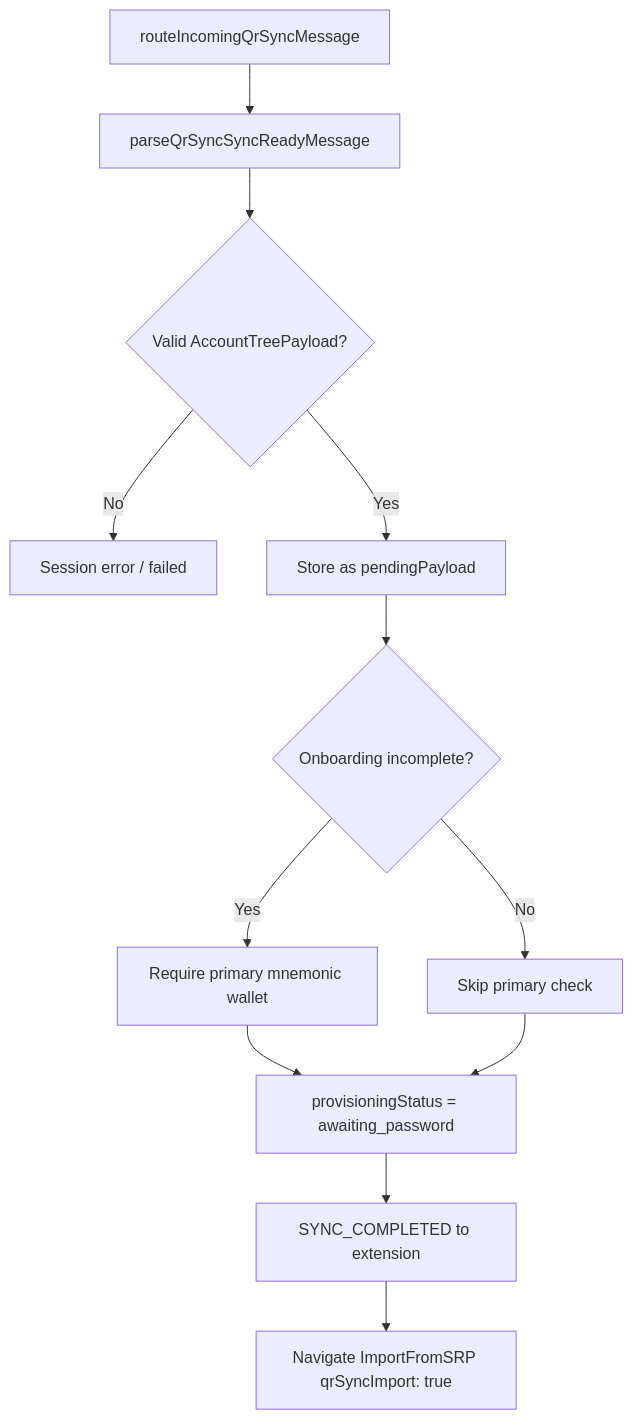
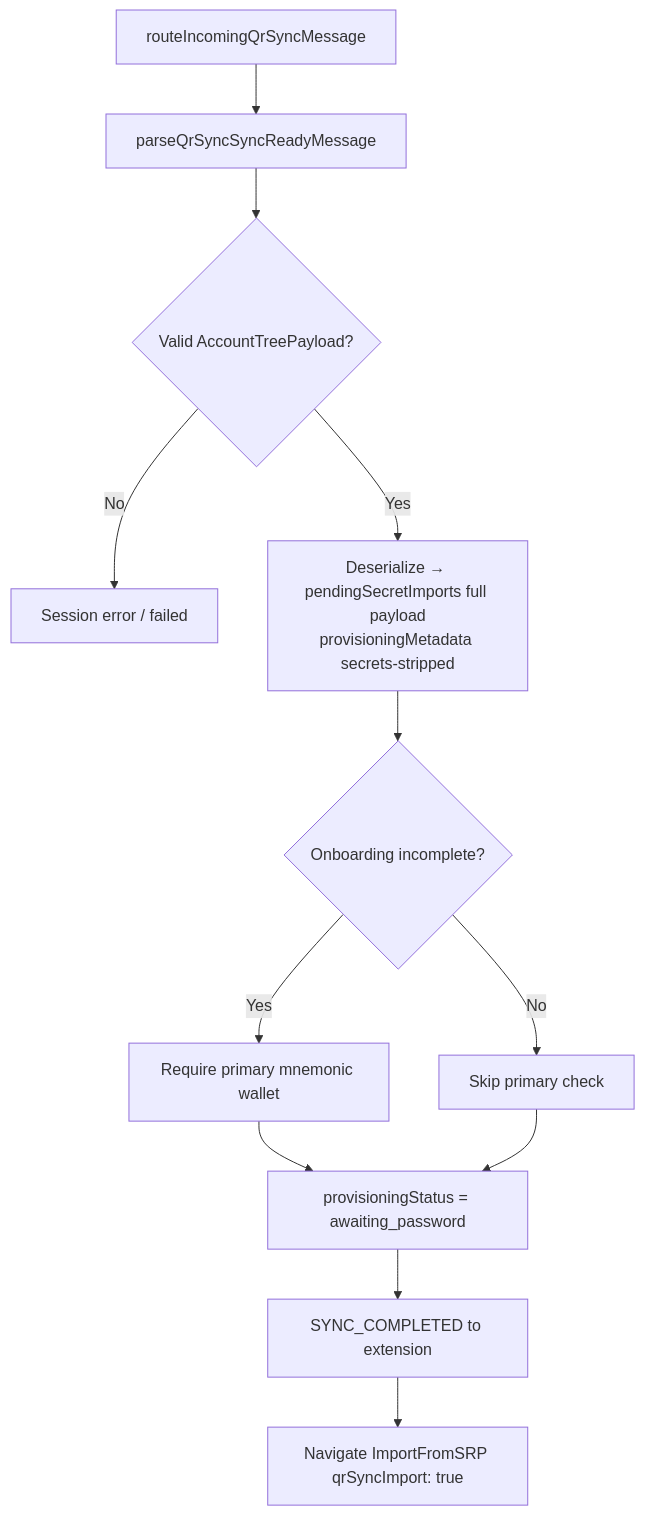
One commit to MetaMask/metamask-mobile changed the second of 4 diagrams in docs/qr-sync/provisioning-technical.md. Above: the diagram before and after it, drawn with Mermaid. The commit also changed other lines of this file and 1 other file, not shown here.

Commit message:
docs: re-update docs with the refactored 2-steps flow

````diff
--- a/docs/qr-sync/provisioning-technical.md
+++ b/docs/qr-sync/provisioning-technical.md
@@ -159,14 +160,14 @@
 ```mermaid
 flowchart TD
     A[routeIncomingQrSyncMessage] --> B[parseQrSyncSyncReadyMessage]
     B --> C{Valid AccountTreePayload?}
     C -->|No| F[Session error / failed]
-    C -->|Yes| D[Store as pendingPayload]
+    C -->|Yes| D[Deserialize → pendingSecretImports full payload<br/>provisioningMetadata secrets-stripped]
     D --> E{Onboarding incomplete?}
     E -->|Yes| G[Require primary mnemonic wallet]
     E -->|No| H[Skip primary check]
     G --> I[provisioningStatus = awaiting_password]
     H --> I
     I --> J[SYNC_COMPLETED to extension]
     J --> K[Navigate ImportFromSRP qrSyncImport: true]
 ```
````
